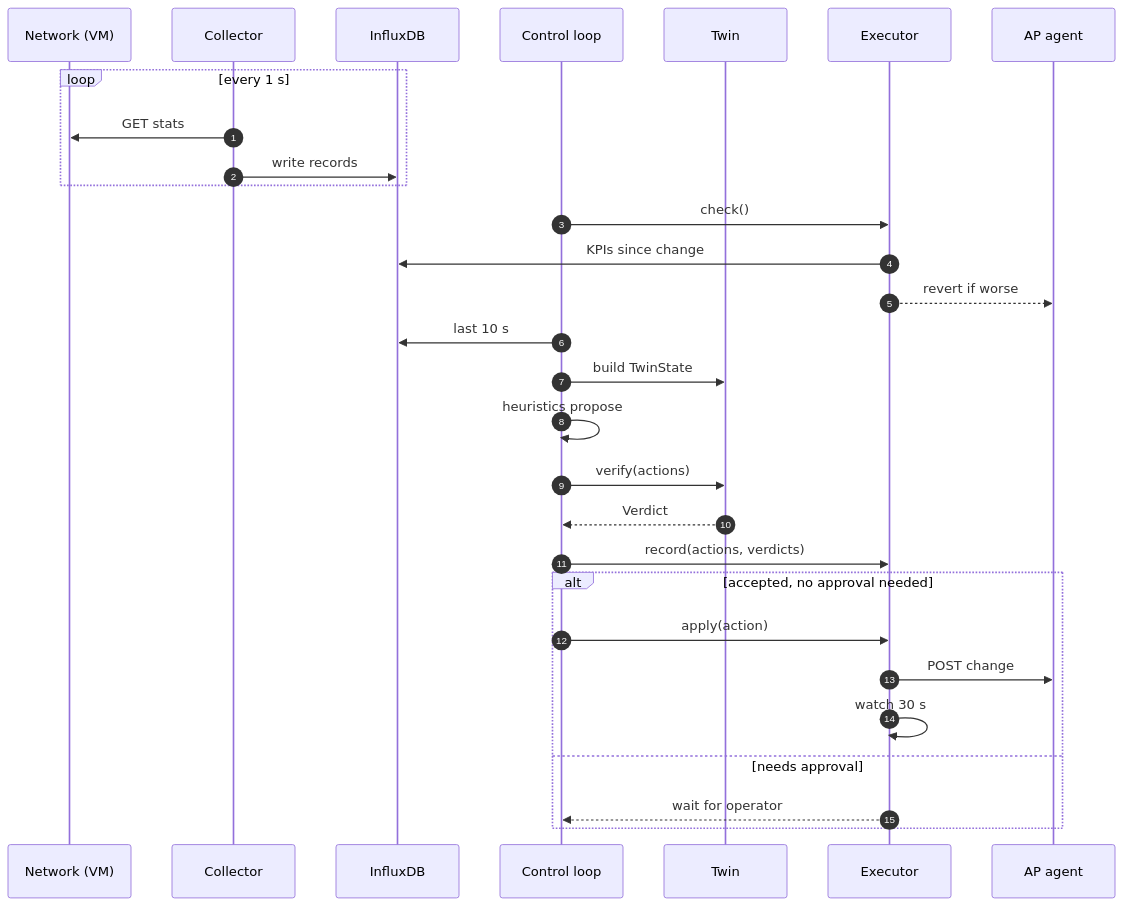
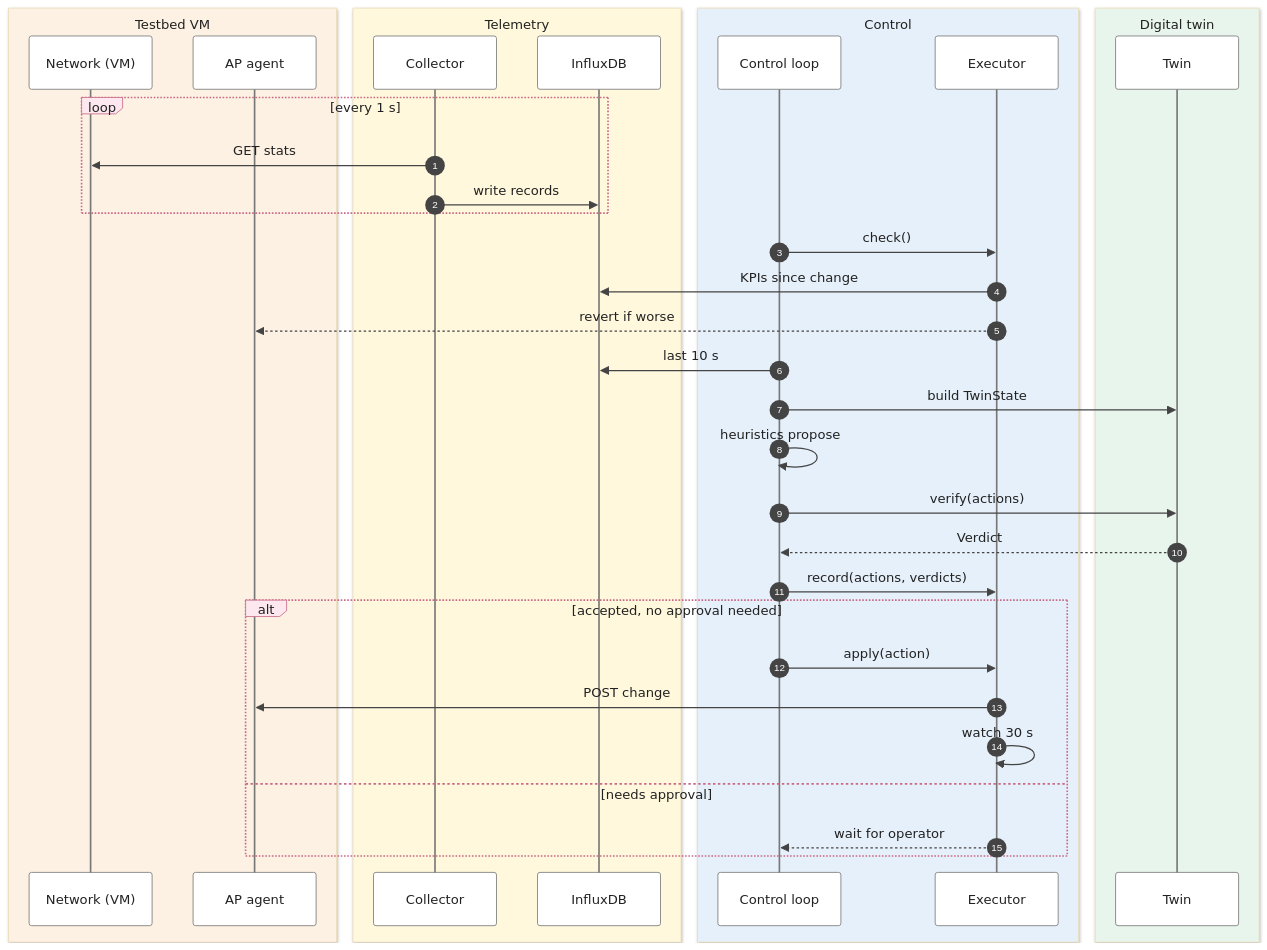
Before and after one commit to AggimallaAbhishek/Digital-Twin-SDN: the second of 3 diagrams in docs/report/03_architecture.md, drawn with Mermaid. The commit also changed other lines of this file and 9 other files, not shown here.

Commit message:
style: add mermaid diagram themes, styling, and structural boxes to documentation figures

````diff
--- a/docs/report/03_architecture.md
+++ b/docs/report/03_architecture.md
@@ -102,32 +121,41 @@
 ```mermaid
+%%{init: {"theme": "base", "themeVariables": {"primaryTextColor": "#222222", "lineColor": "#555555", "actorBkg": "#ffffff", "actorBorder": "#777777", "actorTextColor": "#222222", "signalColor": "#444444", "signalTextColor": "#222222", "labelBoxBkgColor": "#FCE8EE", "labelBoxBorderColor": "#C96B86", "loopTextColor": "#222222", "sequenceNumberColor": "#ffffff"}}}%%
 sequenceDiagram
     autonumber
+    box rgb(253,241,227) Testbed VM
     participant N as Network (VM)
+    participant A as AP agent
+    end
+    box rgb(255,248,220) Telemetry
     participant C as Collector
     participant DB as InfluxDB
+    end
+    box rgb(230,240,250) Control
     participant L as Control loop
+    participant X as Executor
+    end
+    box rgb(232,245,236) Digital twin
     participant T as Twin
-    participant X as Executor
-    participant A as AP agent
+    end
 
     loop every 1 s
         C->>N: GET stats
         C->>DB: write records
     end
     L->>X: check()
     X->>DB: KPIs since change
     X-->>A: revert if worse
     L->>DB: last 10 s
     L->>T: build TwinState
     L->>L: heuristics propose
     L->>T: verify(actions)
     T-->>L: Verdict
     L->>X: record(actions, verdicts)
     alt accepted, no approval needed
         L->>X: apply(action)
         X->>A: POST change
         X->>X: watch 30 s
     else needs approval
         X-->>L: wait for operator
     end
 ```
````
